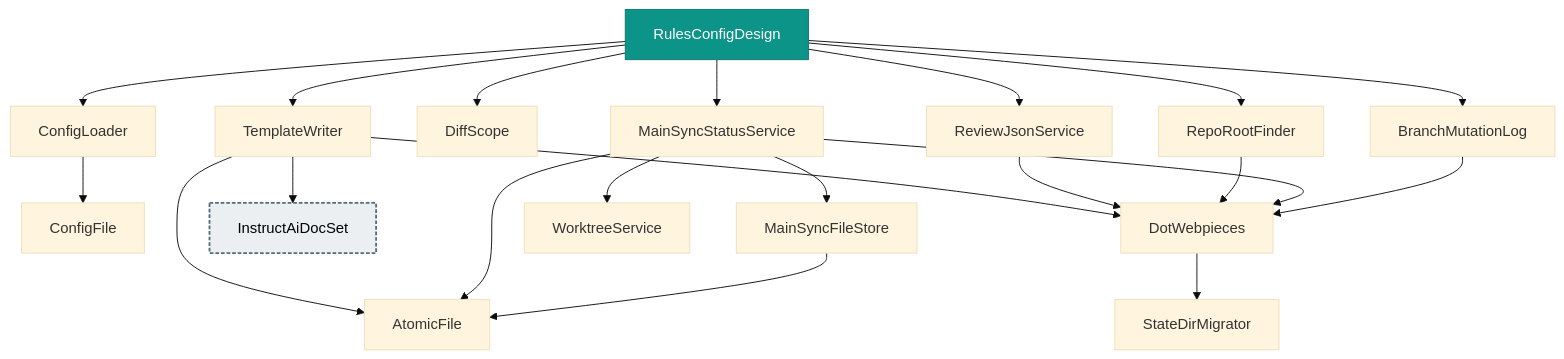
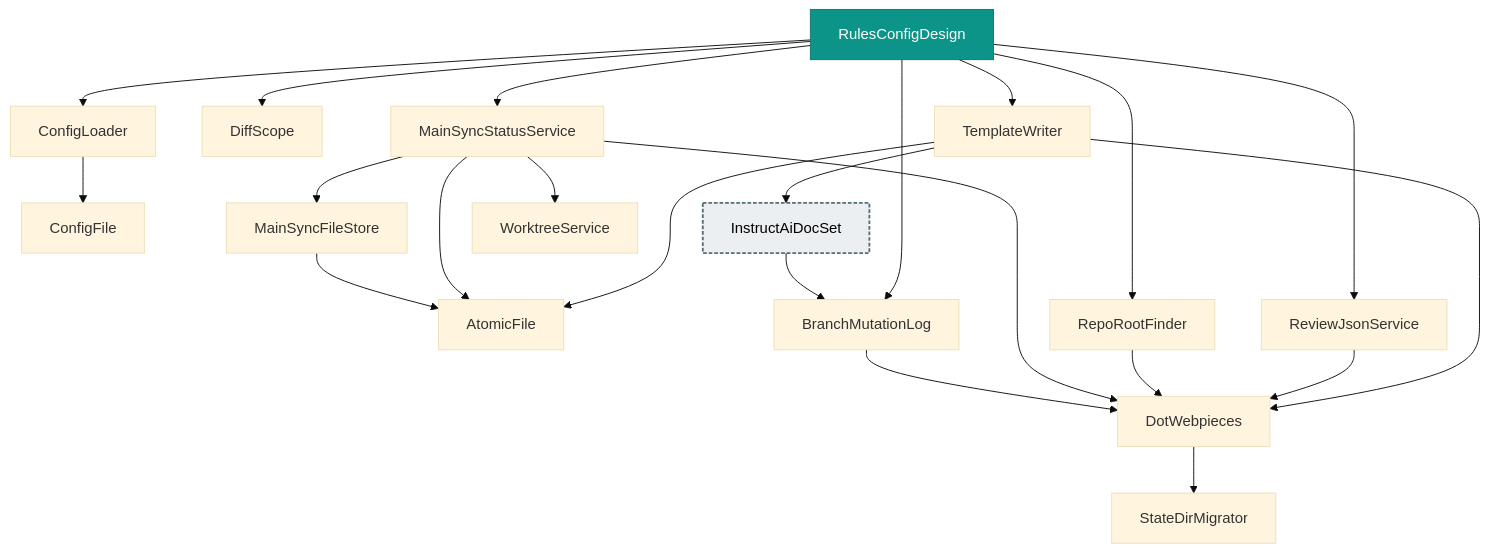
Before and after one commit to deanhiller/webpieces-ts: the diagram in packages/tooling/rules-config/design.md, drawn with Mermaid (base theme). The commit also changed other lines of this file and 32 other files, not shown here.

````diff
--- a/packages/tooling/rules-config/design.md
+++ b/packages/tooling/rules-config/design.md
@@ -13,45 +13,46 @@
 ```mermaid
 graph TD
     AtomicFile["AtomicFile"]
     BranchMutationLog["BranchMutationLog"]
     ConfigFile["ConfigFile"]
     ConfigLoader["ConfigLoader"]
     DiffScope["DiffScope"]
     DotWebpieces["DotWebpieces"]
     InstructAiDocSet["InstructAiDocSet"]:::many
     MainSyncFileStore["MainSyncFileStore"]
     MainSyncStatusService["MainSyncStatusService"]
     RepoRootFinder["RepoRootFinder"]
     ReviewJsonService["ReviewJsonService"]
     RulesConfigDesign["RulesConfigDesign"]:::apiImpl
     StateDirMigrator["StateDirMigrator"]
     TemplateWriter["TemplateWriter"]
     WorktreeService["WorktreeService"]
     BranchMutationLog --> DotWebpieces
     ConfigLoader --> ConfigFile
     DotWebpieces --> StateDirMigrator
+    InstructAiDocSet --> BranchMutationLog
     MainSyncFileStore --> AtomicFile
     MainSyncStatusService --> AtomicFile
     MainSyncStatusService --> DotWebpieces
     MainSyncStatusService --> MainSyncFileStore
     MainSyncStatusService --> WorktreeService
     RepoRootFinder --> DotWebpieces
     ReviewJsonService --> DotWebpieces
     RulesConfigDesign --> BranchMutationLog
     RulesConfigDesign --> ConfigLoader
     RulesConfigDesign --> DiffScope
     RulesConfigDesign --> MainSyncStatusService
     RulesConfigDesign --> RepoRootFinder
     RulesConfigDesign --> ReviewJsonService
     RulesConfigDesign --> TemplateWriter
     TemplateWriter --> AtomicFile
     TemplateWriter --> DotWebpieces
     TemplateWriter --> InstructAiDocSet
     classDef controller fill:#1f6feb,color:#ffffff,stroke:#0d419d
     classDef apiImpl fill:#0d9488,color:#ffffff,stroke:#0f766e
     classDef component fill:#2da44e,color:#ffffff,stroke:#1a7f37
     classDef unresolved fill:#f0ad4e,color:#000000,stroke:#b8860b,stroke-dasharray: 5 5
     classDef external fill:#b39ddb,color:#000000,stroke:#5e35b1,stroke-width:3px
     classDef api fill:#4fc3f7,color:#000000,stroke:#0277bd,stroke-width:3px
     classDef many fill:#eceff1,color:#000000,stroke:#546e7a,stroke-width:2px,stroke-dasharray: 4 2
 ```
````
